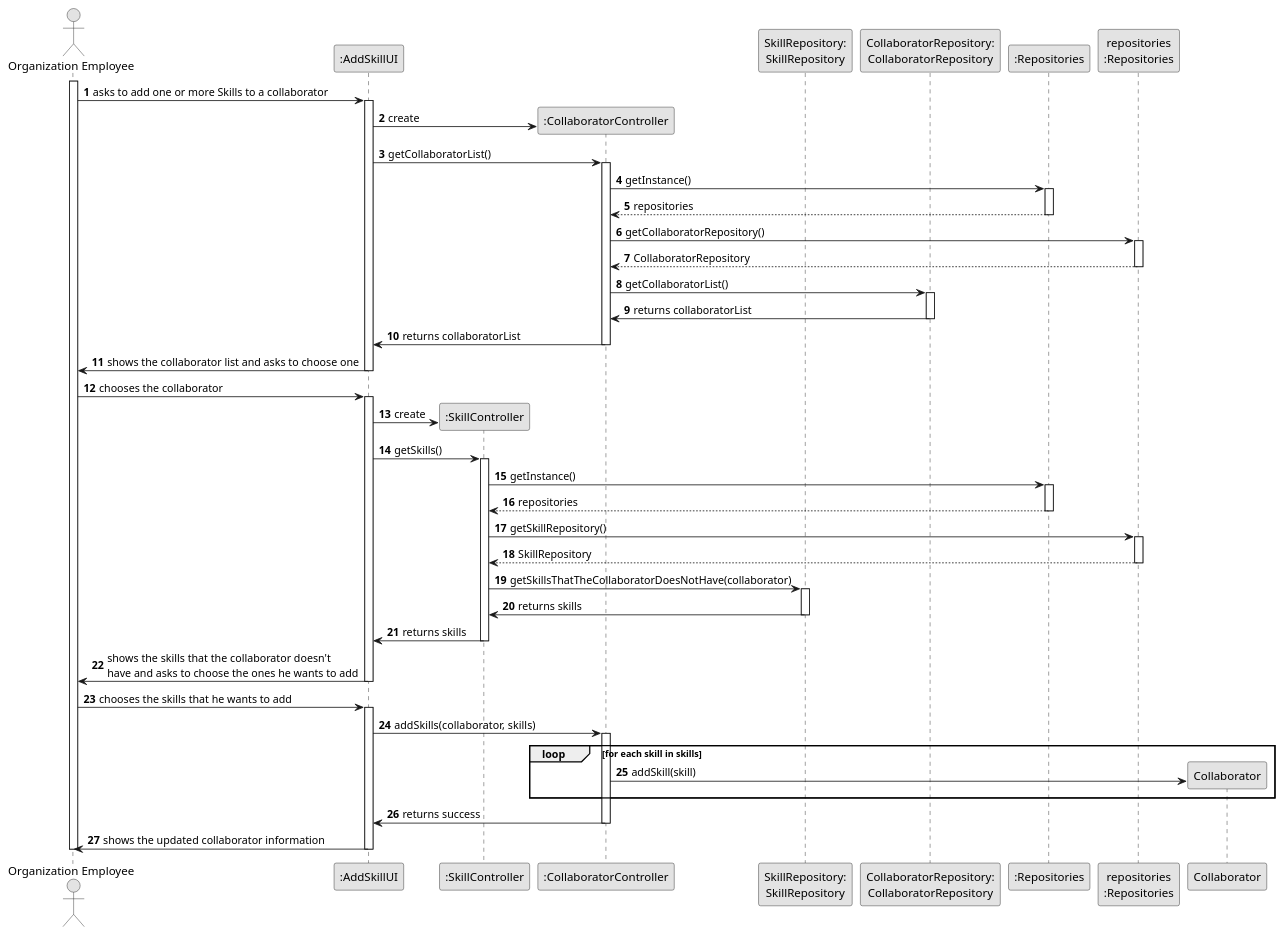
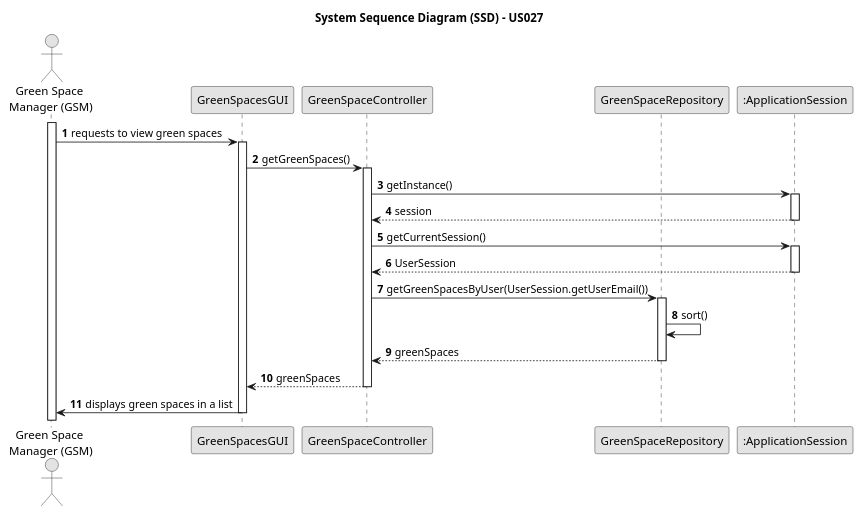
The diagram in docs/sprintC/us027/03.design/puml/us027-sequence-diagram-full.puml (RicardoMorim/lapr2-ISEP-Project), drawn with PlantUML before and after one commit.

Commit message:
Worked on the sequence-diagram-full of US027

```diff
--- a/docs/sprintC/us027/03.design/puml/us027-sequence-diagram-full.puml
+++ b/docs/sprintC/us027/03.design/puml/us027-sequence-diagram-full.puml
@@ -1,88 +1,50 @@
 @startuml
 skinparam monochrome true
 skinparam packageStyle rectangle
 skinparam shadowing false
 
+title System Sequence Diagram (SSD) - US027
+
 autonumber
 
-'hide footbox
-actor "Organization Employee" as ADM
-participant ":AddSkillUI" as UI
-participant ":SkillController" as SkillCTRL
-participant ":CollaboratorController" as CollaboratorCTRL
-participant "SkillRepository:\nSkillRepository" as SkillRepository
-participant "CollaboratorRepository:\nCollaboratorRepository" as CollaboratorRepository
+actor "Green Space\n Manager (GSM)" as GSM
+participant "GreenSpacesGUI" as UI
+participant "GreenSpaceController" as ListCtrl
+participant "GreenSpaceRepository" as Repo
+participant ":ApplicationSession" as AppSession
 
 
-participant ":Repositories" as RepositorySingleton
-participant "repositories\n:Repositories" as PLAT
+activate GSM
 
-activate ADM
-    ADM -> UI : asks to add one or more Skills to a collaborator
-    activate UI
-    UI -> CollaboratorCTRL** : create
-       UI -> CollaboratorCTRL: getCollaboratorList()
-       activate CollaboratorCTRL
-                       CollaboratorCTRL -> RepositorySingleton : getInstance()
-                       activate RepositorySingleton
+GSM -> UI : requests to view green spaces
+activate UI
 
-                           RepositorySingleton --> CollaboratorCTRL: repositories
-                       deactivate RepositorySingleton
+UI -> ListCtrl : getGreenSpaces()
+activate ListCtrl
 
-                       CollaboratorCTRL -> PLAT : getCollaboratorRepository()
-                       activate PLAT
+ListCtrl -> AppSession : getInstance()
+activate AppSession
+AppSession --> ListCtrl : session
+deactivate AppSession
 
-                           PLAT --> CollaboratorCTRL: CollaboratorRepository
-                       deactivate PLAT
+ListCtrl -> AppSession : getCurrentSession()
+activate AppSession
+AppSession --> ListCtrl : UserSession
+deactivate AppSession
+
+ListCtrl -> Repo : getGreenSpacesByUser(UserSession.getUserEmail())
+activate Repo
+Repo -> Repo : sort()
 
 
+Repo --> ListCtrl : greenSpaces
+deactivate Repo
 
-                       CollaboratorCTRL -> CollaboratorRepository : getCollaboratorList()
-                       activate CollaboratorRepository
+ListCtrl --> UI : greenSpaces
+deactivate ListCtrl
 
-                    CollaboratorRepository -> CollaboratorCTRL: returns collaboratorList
-                deactivate CollaboratorRepository
-           CollaboratorCTRL -> UI: returns collaboratorList
-       deactivate CollaboratorCTRL
-       UI -> ADM: shows the collaborator list and asks to choose one
-    deactivate UI
-    ADM -> UI : chooses the collaborator
+UI -> GSM : displays green spaces in a list
+deactivate UI
 
-    activate UI
-        UI -> SkillCTRL** : create
-        UI -> SkillCTRL : getSkills()
-        activate SkillCTRL
-        SkillCTRL -> RepositorySingleton : getInstance()
-             activate RepositorySingleton
-
-                  RepositorySingleton --> SkillCTRL: repositories
-             deactivate RepositorySingleton
-            SkillCTRL -> PLAT : getSkillRepository()
-            activate PLAT
-            PLAT --> SkillCTRL: SkillRepository
-            deactivate PLAT
-            SkillCTRL -> SkillRepository: getSkillsThatTheCollaboratorDoesNotHave(collaborator)
-            activate SkillRepository
-                SkillRepository -> SkillCTRL: returns skills
-            deactivate SkillRepository
-
-            SkillCTRL -> UI: returns skills
-            deactivate SkillCTRL
-
-        UI -> ADM: shows the skills that the collaborator doesn't \nhave and asks to choose the ones he wants to add
-    deactivate UI
-    ADM -> UI: chooses the skills that he wants to add
-
-    activate UI
-        UI -> CollaboratorCTRL: addSkills(collaborator, skills)
-        activate CollaboratorCTRL
-        loop for each skill in skills
-            CollaboratorCTRL -> Collaborator** : addSkill(skill)
-        end
-        CollaboratorCTRL -> UI: returns success
-    deactivate CollaboratorCTRL
-    UI -> ADM: shows the updated collaborator information
-    deactivate UI
-deactivate ADM
 
 @enduml
```
